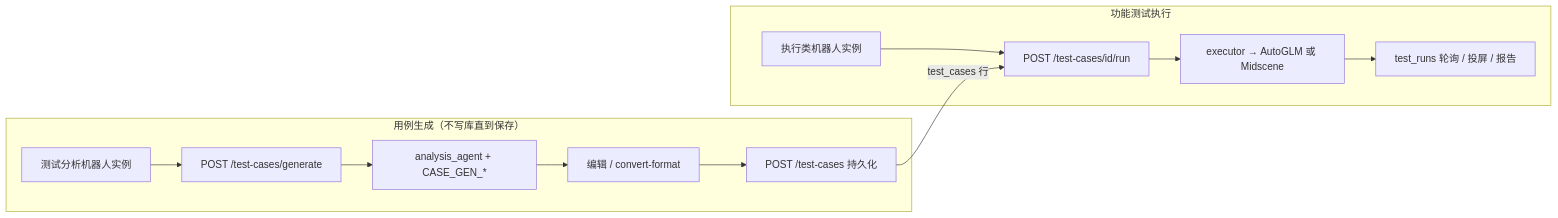
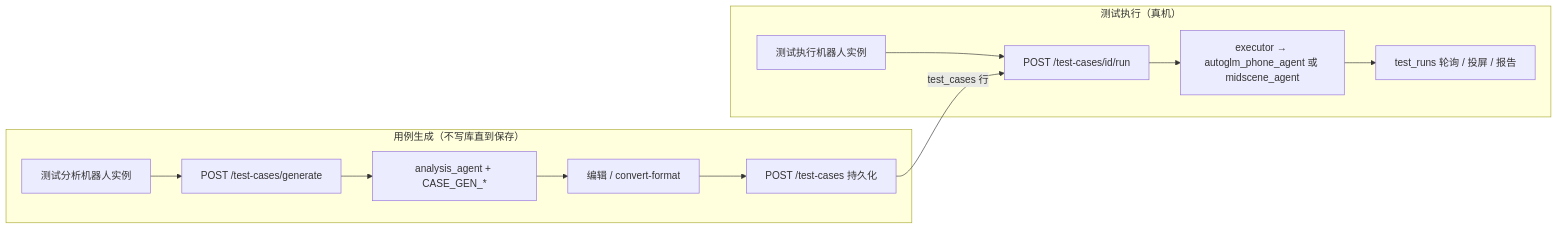
The second of 3 diagrams in ARCHITECTURE.md (dyingmanliu/test_robot), drawn with Mermaid before and after one commit. The commit also changed other lines of this file and 2 other files, not shown here.

````diff
--- a/ARCHITECTURE.md
+++ b/ARCHITECTURE.md
@@ -125,21 +139,21 @@
 ```mermaid
 flowchart LR
   subgraph gen["用例生成（不写库直到保存）"]
     A1[测试分析机器人实例]
     A2[POST /test-cases/generate]
     A3[analysis_agent + CASE_GEN_*]
     A4[编辑 / convert-format]
     A5[POST /test-cases 持久化]
     A1 --> A2 --> A3 --> A4 --> A5
   end
 
-  subgraph run["功能测试执行"]
-    B1[执行类机器人实例]
+  subgraph run["测试执行（真机）"]
+    B1[测试执行机器人实例]
     B2[POST /test-cases/id/run]
-    B3[executor → AutoGLM 或 Midscene]
+    B3[executor → autoglm_phone_agent 或 midscene_agent]
     B4[test_runs 轮询 / 投屏 / 报告]
     B1 --> B2 --> B3 --> B4
   end
 
   A5 -->|test_cases 行| B2
 ```
````
